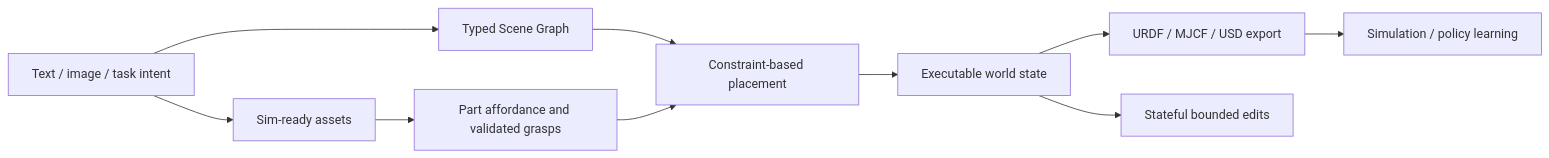
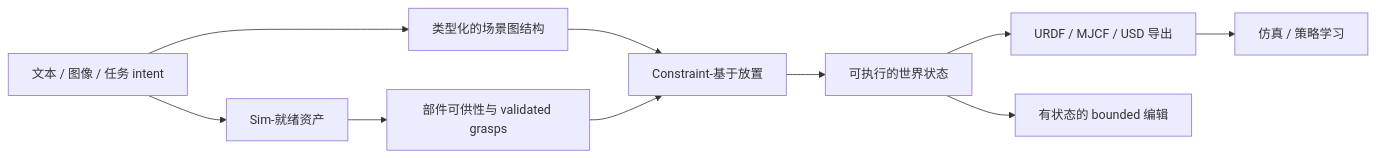
The diagram in wiki/entities/EmbodiedGen.md (niuverse/llm-wiki), drawn with Mermaid before and after one commit. The commit also changed other lines of this file and 123 other files, not shown here.

````diff
--- a/wiki/entities/EmbodiedGen.md
+++ b/wiki/entities/EmbodiedGen.md
@@ -13,12 +13,12 @@
 ```mermaid
 flowchart LR
-  I[Text / image / task intent] --> A[Sim-ready assets]
-  A --> F[Part affordance and validated grasps]
-  I --> G[Typed Scene Graph]
-  G --> P[Constraint-based placement]
+  I[文本 / 图像 / 任务 intent] --> A[Sim-就绪资产]
+  A --> F[部件可供性与 validated grasps]
+  I --> G[类型化的场景图结构]
+  G --> P[Constraint-基于放置]
   F --> P
-  P --> W[Executable world state]
-  W --> E[URDF / MJCF / USD export]
-  W --> V[Stateful bounded edits]
-  E --> S[Simulation / policy learning]
+  P --> W[可执行的世界状态]
+  W --> E[URDF / MJCF / USD 导出]
+  W --> V[有状态的 bounded 编辑]
+  E --> S[仿真 / 策略学习]
 ```
````
